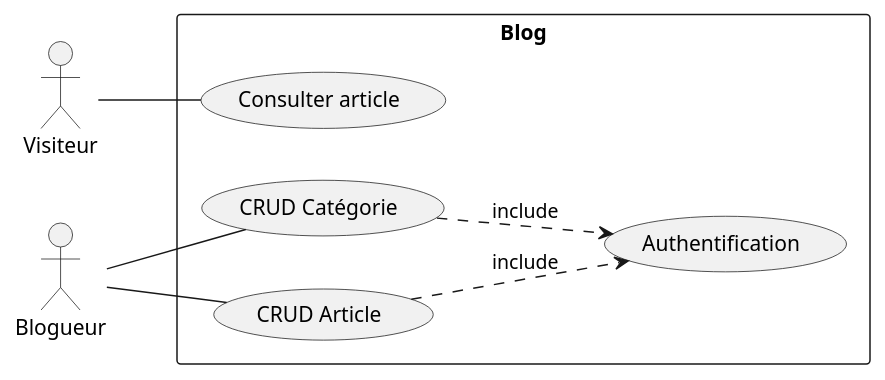
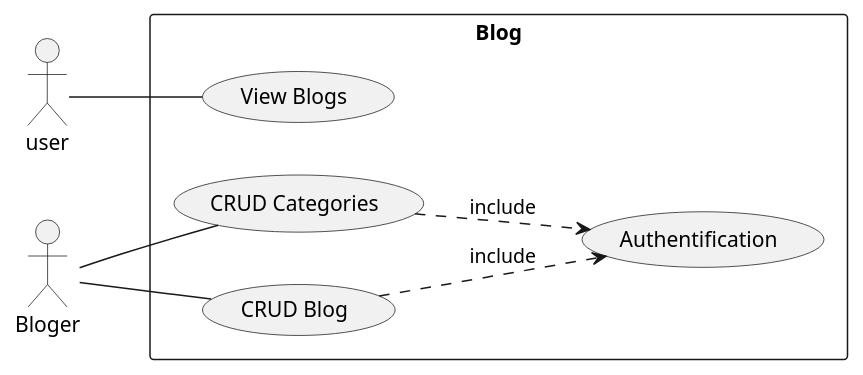
Before and after one commit to yahya-Boussakla/eloquent: the diagram in analyse/usecase.puml, drawn with PlantUML. The commit also changed 64 other files, not shown here.

```diff
--- a/analyse/usecase.puml
+++ b/analyse/usecase.puml
@@ -1,18 +1,18 @@
     @startuml
     left to right direction
 
-    actor Visiteur
-    actor Blogueur
+    actor Visiteur as "user"
+    actor Blogueur as "Bloger"
 
     rectangle "Blog" {
-        usecase "Consulter article" as UC_ConsulterArticles
-        usecase "CRUD Catégorie" as UC_Categorie
-        usecase "CRUD Article" as UC_Article  
+        usecase "View Blogs" as UC_ConsulterArticles
+        usecase "CRUD Categories" as UC_Categorie
+        usecase "CRUD Blog" as UC_Article  
         usecase "Authentification" as Auth
     }
     Blogueur -- UC_Article
     Blogueur -- UC_Categorie
     Visiteur -- UC_ConsulterArticles
     UC_Categorie .-> Auth : "include"
     UC_Article .-> Auth : "include"
     @enduml
```
